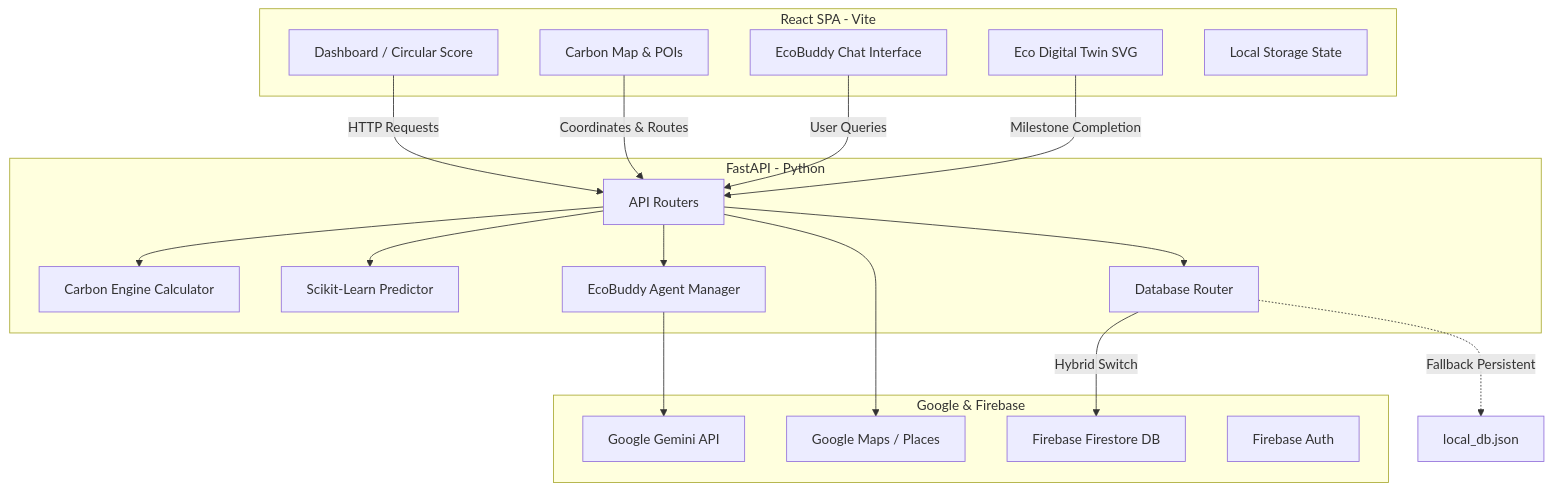
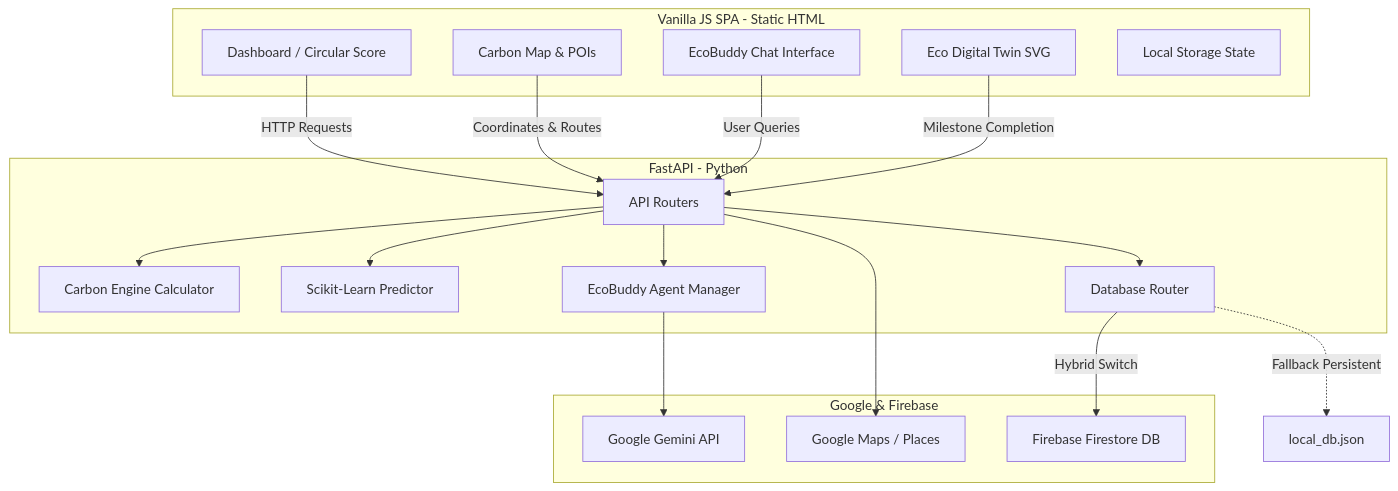
Before and after one commit to paiikarthik/promptwars3-Carbon-Footprint-Awareness-Platform: the diagram in README.md, drawn with Mermaid. The commit also changed other lines of this file and 13 other files, not shown here.

Commit message:
Optimize code quality: fix ambiguous variable names, unused imports, correct GAE requirements, and align README architecture docs

````diff
--- a/README.md
+++ b/README.md
@@ -26,40 +26,39 @@
 ```mermaid
 graph TD
-    subgraph Frontend [React SPA - Vite]
+    subgraph Frontend [Vanilla JS SPA - Static HTML]
         UI[Dashboard / Circular Score]
         MapUI[Carbon Map & POIs]
         Buddy[EcoBuddy Chat Interface]
         Twin[Eco Digital Twin SVG]
         LS[Local Storage State]
     end
 
     subgraph Backend [FastAPI - Python]
         API[API Routers]
         Calc[Carbon Engine Calculator]
         ML[Scikit-Learn Predictor]
         BuddyAgent[EcoBuddy Agent Manager]
         DB[Database Router]
     end
 
     subgraph ExternalServices [Google & Firebase]
         Gemini[Google Gemini API]
         MapsAPI[Google Maps / Places]
         Firestore[Firebase Firestore DB]
-        Auth[Firebase Auth]
     end
 
     UI -->|HTTP Requests| API
     MapUI -->|Coordinates & Routes| API
     Buddy -->|User Queries| API
     Twin -->|Milestone Completion| API
 
     API --> DB
     API --> Calc
     API --> ML
     API --> BuddyAgent
 
     DB -->|Hybrid Switch| Firestore
     DB -.->|Fallback Persistent| LocalJSON[local_db.json]
     BuddyAgent --> Gemini
     API --> MapsAPI
 ```
````
